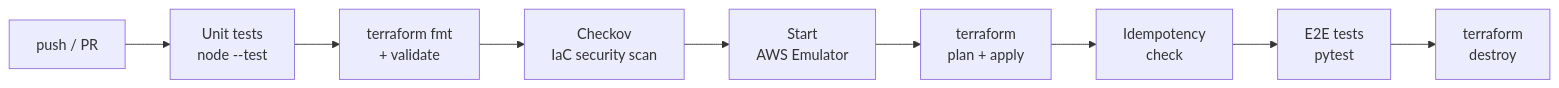
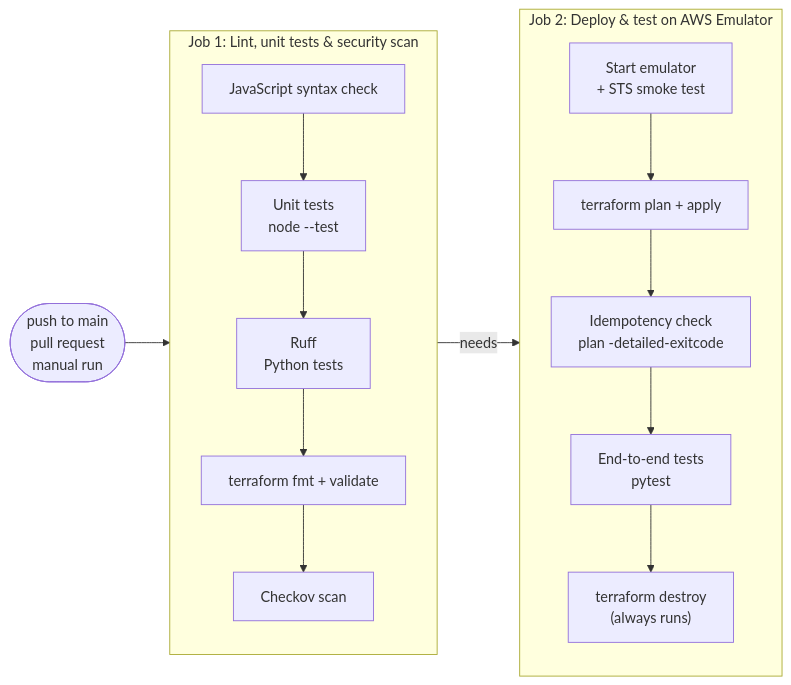
Before and after one commit to ilyasZAOUIA/aws-emulator-serverless-ci: the second of 2 diagrams in README.md, drawn with Mermaid. The commit also changed other lines of this file and 14 other files, not shown here.

````diff
--- a/README.md
+++ b/README.md
@@ -47,11 +62,16 @@
 ```mermaid
 flowchart LR
-    A[push / PR] --> B[Unit tests<br/>node --test]
-    B --> C[terraform fmt<br/>+ validate]
-    C --> D[Checkov<br/>IaC security scan]
-    D --> E[Start<br/>AWS Emulator]
-    E --> F[terraform<br/>plan + apply]
-    F --> G[Idempotency<br/>check]
-    G --> H[E2E tests<br/>pytest]
-    H --> I[terraform<br/>destroy]
+    trigger(["push to main<br/>pull request<br/>manual run"]) --> J1
+
+    subgraph J1["Job 1: Lint, unit tests & security scan"]
+        direction TB
+        a1["JavaScript syntax check"] --> a2["Unit tests<br/>node --test"] --> a3["Ruff<br/>Python tests"] --> a4["terraform fmt + validate"] --> a5["Checkov scan"]
+    end
+
+    J1 -- "needs" --> J2
+
+    subgraph J2["Job 2: Deploy & test on AWS Emulator"]
+        direction TB
+        b1["Start emulator<br/>+ STS smoke test"] --> b2["terraform plan + apply"] --> b3["Idempotency check<br/>plan -detailed-exitcode"] --> b4["End-to-end tests<br/>pytest"] --> b5["terraform destroy<br/>(always runs)"]
+    end
 ```
````
